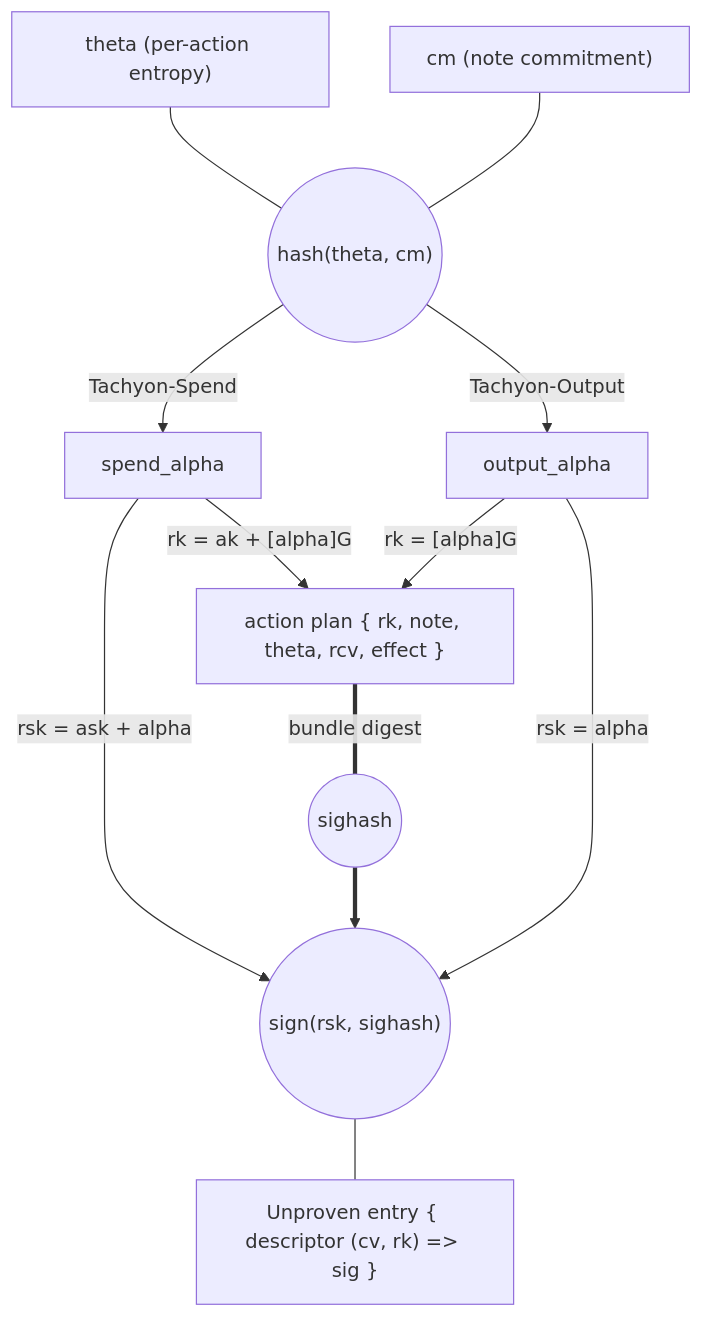
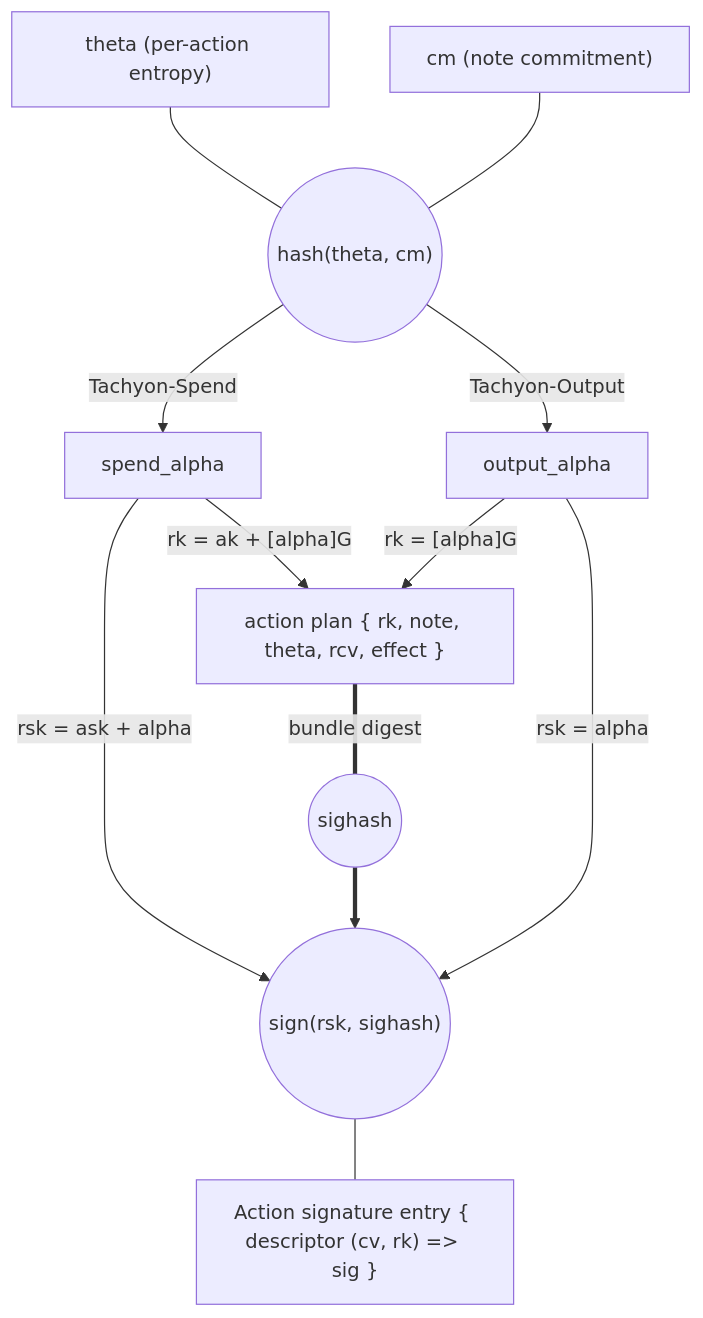
One commit to tachyon-zcash/tachyon changed the first of 3 diagrams in book/src/authorization.md. Above: the diagram before and after it, drawn with Mermaid. The commit also changed other lines of this file and 9 other files, not shown here.

````diff
--- a/book/src/authorization.md
+++ b/book/src/authorization.md
@@ -12,24 +12,24 @@
 ```mermaid
 flowchart TB
     theta["theta (per-action entropy)"]
     cm["cm (note commitment)"]
     hash(("hash(theta, cm)"))
 
     theta & cm --- hash
 
     hash -->|"Tachyon-Spend"| spend_alpha
     hash -->|"Tachyon-Output"| output_alpha
 
     spend_alpha -->|"rk = ak + [alpha]G"| plan
     output_alpha -->|"rk = [alpha]G"| plan
 
     plan["action plan { rk, note, theta, rcv, effect }"]
     plan ===|"bundle digest"| sighash((sighash))
 
     spend_alpha -->|"rsk = ask + alpha"| sign
     sighash ==> sign
     output_alpha -->|"rsk = alpha"| sign
 
     sign(("sign(rsk, sighash)"))
-    sign --- action["Unproven entry { descriptor (cv, rk) => sig }"]
+    sign --- action["Action signature entry { descriptor (cv, rk) => sig }"]
 ```
````
